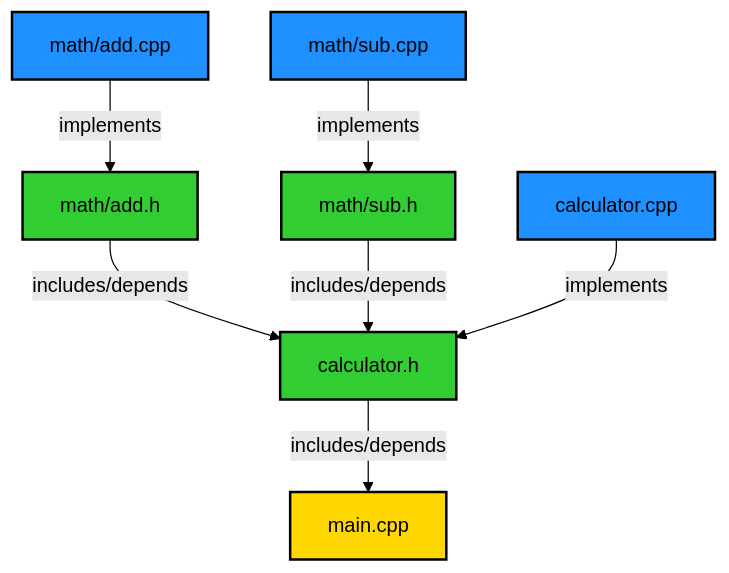
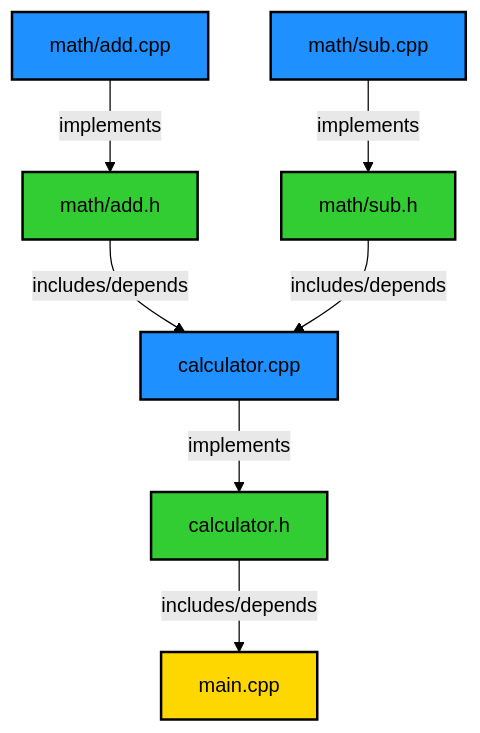
One commit to joseigor/refs changed the diagram in build_stages/basics/p2/README.md. Above: the diagram before and after it, drawn with Mermaid (forest theme).

Commit message:
fix mermaid diagram

````diff
--- a/build_stages/basics/p2/README.md
+++ b/build_stages/basics/p2/README.md
@@ -253,20 +253,20 @@
 ```mermaid
 graph TD
     B[calculator.h] -->|includes/depends| A[main.cpp]
-    C[math/add.h] -->|includes/depends| B[calculator.h]
-    D[math/sub.h] -->|includes/depends| B[calculator.h]
+    C[math/add.h] -->|includes/depends| E[calculator.cpp]
+    D[math/sub.h] -->|includes/depends| E[calculator.cpp]
     E[calculator.cpp] -->|implements| B[calculator.h] 
     F[math/add.cpp] -->|implements| C[math/add.h]
     G[math/sub.cpp] -->|implements| D[math/sub.h]
 
     style A fill:#FFD700,stroke:#000,stroke-width:2px
     style B fill:#32CD32,stroke:#000,stroke-width:2px
     style C fill:#32CD32,stroke:#000,stroke-width:2px
     style D fill:#32CD32,stroke:#000,stroke-width:2px
     style E fill:#1E90FF,stroke:#000,stroke-width:2px
     style F fill:#1E90FF,stroke:#000,stroke-width:2px
     style G fill:#1E90FF,stroke:#000,stroke-width:2px
 
     classDef blackText fill:#000,stroke:#000,color:#000;
     class A,B,C,D,E,F,G blackText;    
 ```
````
